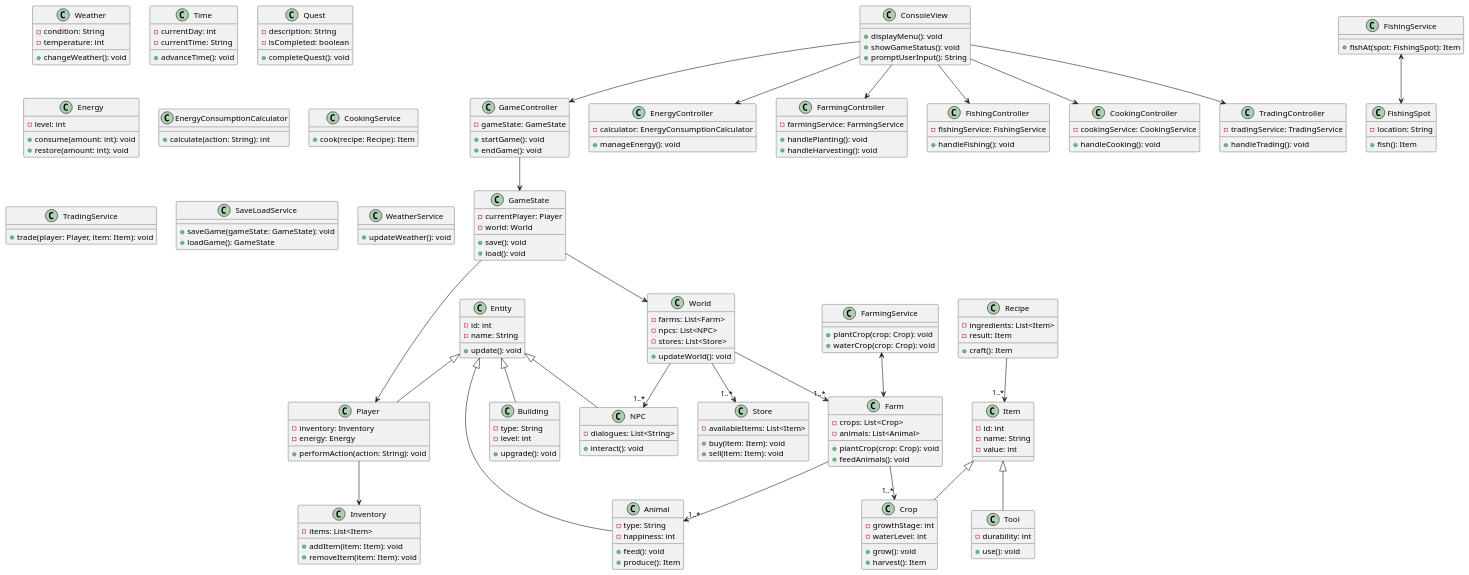
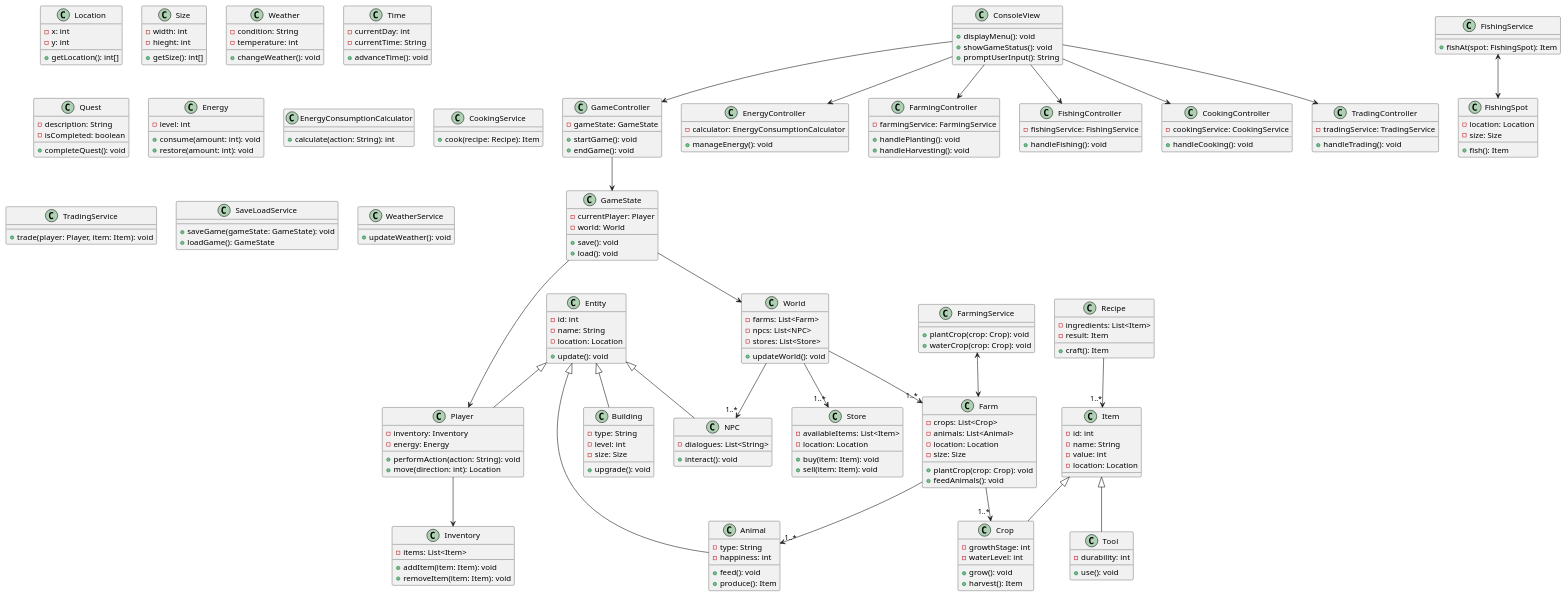
The diagram in diagram.puml (advanced-programming-sut-2025/advanced-programming-phase-1-group-34), drawn with PlantUML before and after one commit.

Commit message:
adding Location and Size classes
Entity, Farm, FishingSpot,  Store have location on map
Building, Farm, FishingSpot, Store have size too
player have a move function which with giving direction gets new location of player

```diff
--- a/diagram.puml
+++ b/diagram.puml
@@ -1,9 +1,24 @@
 @startuml
+
+' Location class
+class Location {
+  - x: int
+  - y: int
+  + getLocation(): int[]
+}
+
+' Size class
+class Size {
+  - width: int
+  - hieght: int
+  + getSize(): int[]
+}
 
 ' Entity class
 class Entity {
   - id: int
   - name: String
+  - location: Location
   + update(): void
 }
 
@@ -18,6 +33,7 @@
   - inventory: Inventory
   - energy: Energy
   + performAction(action: String): void
+  + move(direction: int): Location
 }
 
 ' NPC class
@@ -39,6 +55,7 @@
   - id: int
   - name: String
   - value: int
+  - location: Location
 }
 
 ' Tool and Crop inherit from Item
@@ -63,6 +80,7 @@
 class Building {
   - type: String
   - level: int
+  - size: Size
   + upgrade(): void
 }
 
@@ -98,13 +116,16 @@
 class Farm {
   - crops: List<Crop>
   - animals: List<Animal>
+  - location: Location
+  - size: Size
   + plantCrop(crop: Crop): void
   + feedAnimals(): void
 }
 
 ' FishingSpot class
 class FishingSpot {
-  - location: String
+  - location: Location
+  - size: Size
   + fish(): Item
 }
 
@@ -118,6 +139,7 @@
 ' Store class
 class Store {
   - availableItems: List<Item>
+  - location: Location
   + buy(item: Item): void
   + sell(item: Item): void
 }
```
